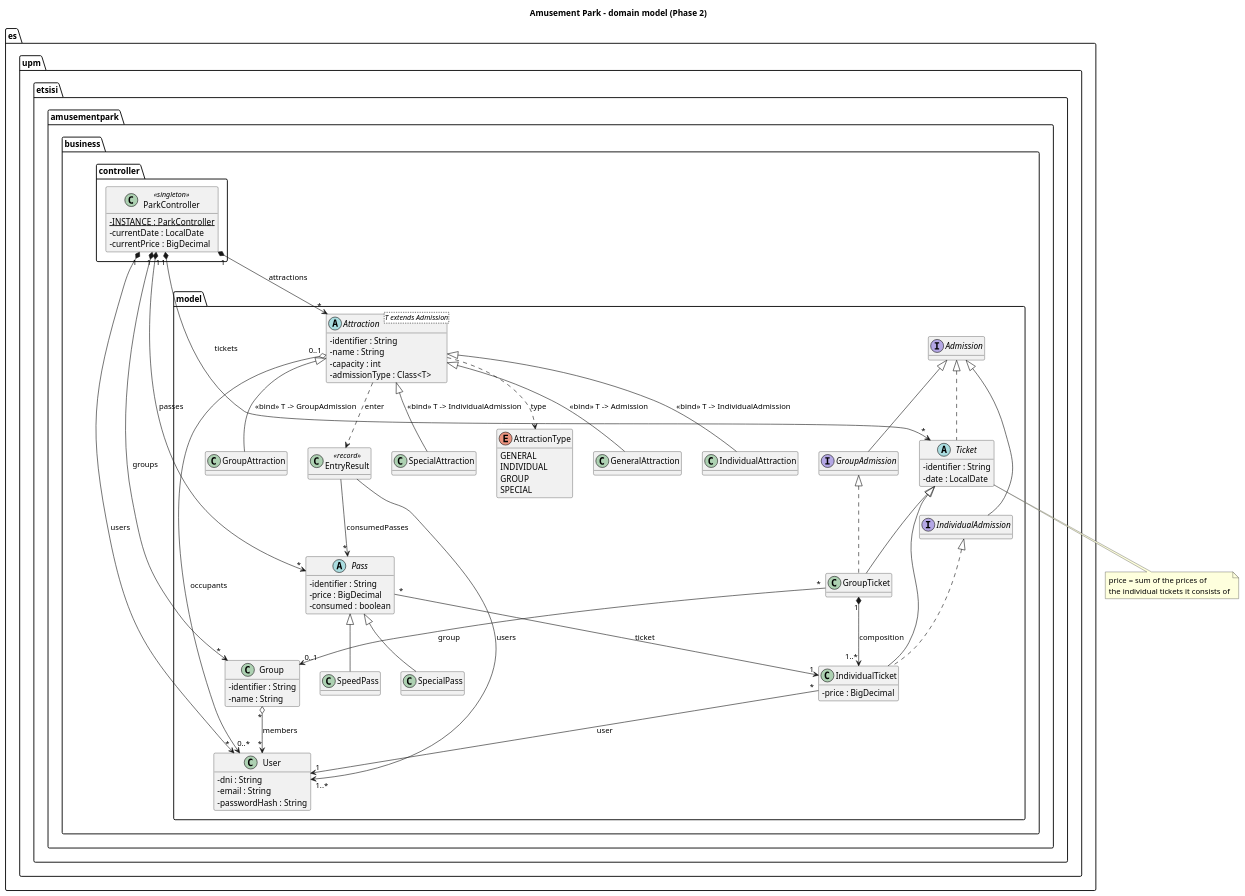
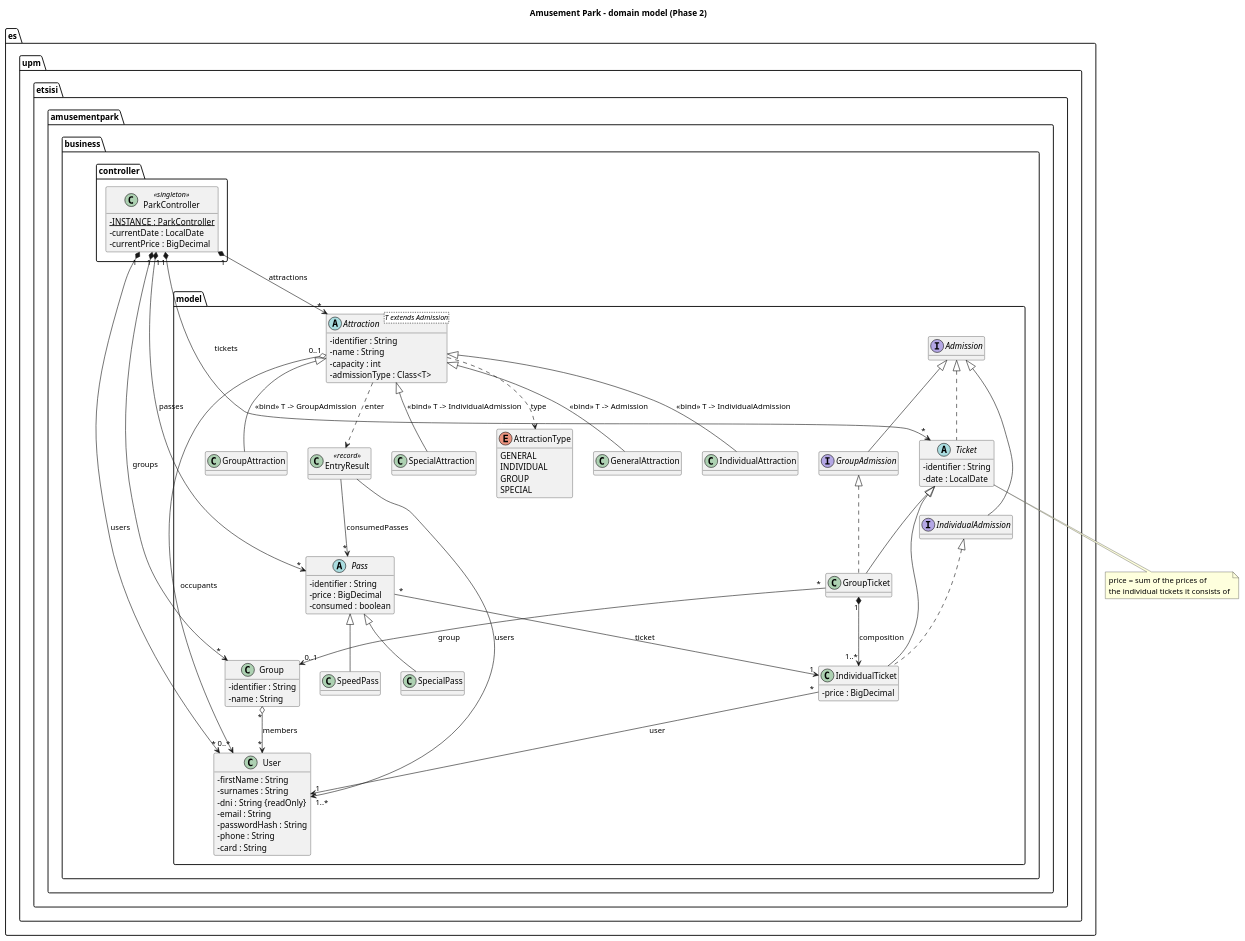
The diagram in uml/model.puml (skai-upm/caise27), drawn with PlantUML before and after one commit. The commit also changed 4 other files, not shown here.

```diff
--- a/uml/model.puml
+++ b/uml/model.puml
@@ -1,124 +1,128 @@
 @startuml model
 title Amusement Park - domain model (Phase 2)
 hide empty methods
 skinparam classAttributeIconSize 0
 
 package es.upm.etsisi.amusementpark.business.controller {
   class ParkController <<singleton>> {
     - {static} INSTANCE : ParkController
     - currentDate : LocalDate
     - currentPrice : BigDecimal
   }
 }
 
 package es.upm.etsisi.amusementpark.business.model {
   class User {
-    - dni : String
+    - firstName : String
+    - surnames : String
+    - dni : String {readOnly}
     - email : String
     - passwordHash : String
+    - phone : String
+    - card : String
   }
 
   class Group {
     - identifier : String
     - name : String
   }
 
   abstract class Ticket {
     - identifier : String
     - date : LocalDate
   }
 
   class IndividualTicket {
     - price : BigDecimal
   }
 
   class GroupTicket {
   }
 
   abstract class Pass {
     - identifier : String
     - price : BigDecimal
     - consumed : boolean
   }
 
   class SpeedPass {
   }
 
   class SpecialPass {
   }
 
   interface Admission {
   }
 
   interface IndividualAdmission {
   }
 
   interface GroupAdmission {
   }
 
   enum AttractionType {
     GENERAL
     INDIVIDUAL
     GROUP
     SPECIAL
   }
 
   abstract class Attraction<T extends Admission> {
     - identifier : String
     - name : String
     - capacity : int
     - admissionType : Class<T>
   }
 
   class EntryResult <<record>> {
   }
 
   class GeneralAttraction {
   }
 
   class IndividualAttraction {
   }
 
   class GroupAttraction {
   }
 
   class SpecialAttraction {
   }
 }
 
 Ticket <|-- IndividualTicket
 Ticket <|-- GroupTicket
 Admission <|-- IndividualAdmission
 Admission <|-- GroupAdmission
 Admission <|.. Ticket
 IndividualAdmission <|.. IndividualTicket
 GroupAdmission <|.. GroupTicket
 Attraction <|-- GeneralAttraction : <<bind>> T -> Admission
 Attraction <|-- IndividualAttraction : <<bind>> T -> IndividualAdmission
 Attraction <|-- GroupAttraction : <<bind>> T -> GroupAdmission
 Attraction <|-- SpecialAttraction : <<bind>> T -> IndividualAdmission
 Attraction ..> AttractionType : type
 Attraction ..> EntryResult : enter
 EntryResult --> "1..*" User : users
 EntryResult --> "*" Pass : consumedPasses
 Pass <|-- SpeedPass
 Pass <|-- SpecialPass
 
 IndividualTicket "*" --> "1" User : user
 GroupTicket "1" *--> "1..*" IndividualTicket : composition
 GroupTicket "*" --> "0..1" Group : group
 Group "*" o--> "*" User : members
 Attraction "0..1" o--> "0..*" User : occupants
 Pass "*" --> "1" IndividualTicket : ticket
 
 ParkController "1" *--> "*" User : users
 ParkController "1" *--> "*" Group : groups
 ParkController "1" *--> "*" Ticket : tickets
 ParkController "1" *--> "*" Attraction : attractions
 ParkController "1" *--> "*" Pass : passes
 
 note bottom of Ticket
   price = sum of the prices of
   the individual tickets it consists of
 end note
 @enduml
```
